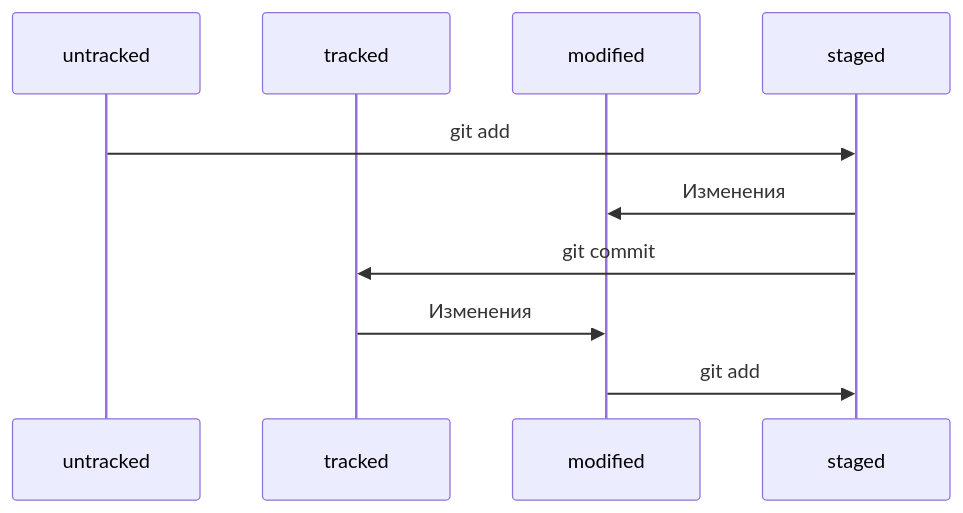
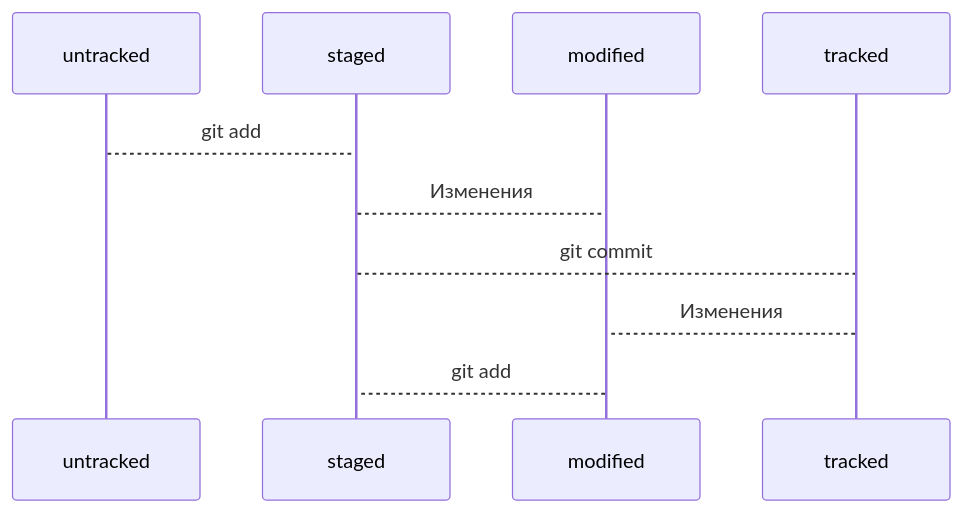
The diagram in README.md (RamilAbyshov/git_helper), drawn with Mermaid before and after one commit.

Commit message:
changed diagram

````diff
--- a/README.md
+++ b/README.md
@@ -55,12 +55,8 @@
 ```mermaid
 sequenceDiagram
-	participant untracked
-	participant tracked
-	participant modified
-	participant staged
-	untracked->>staged: git add
-	staged->>modified: Изменения
-	staged->>tracked: git commit
-	tracked->>modified: Изменения
-	modified->>staged: git add
+	untracked-->staged: git add
+	staged-->modified: Изменения
+	staged-->tracked: git commit
+	tracked-->modified: Изменения
+	modified-->staged: git add
 ```
````
